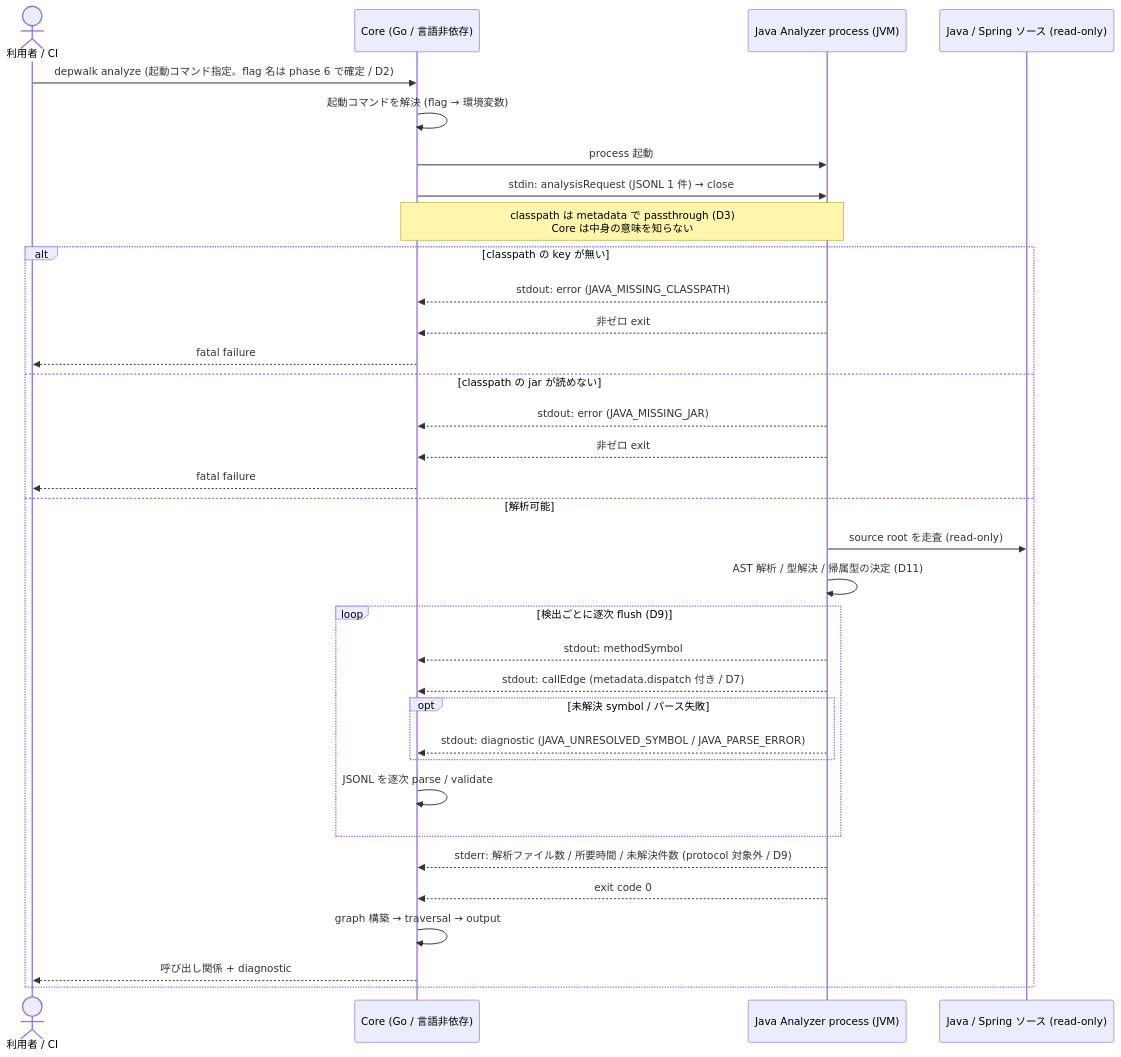
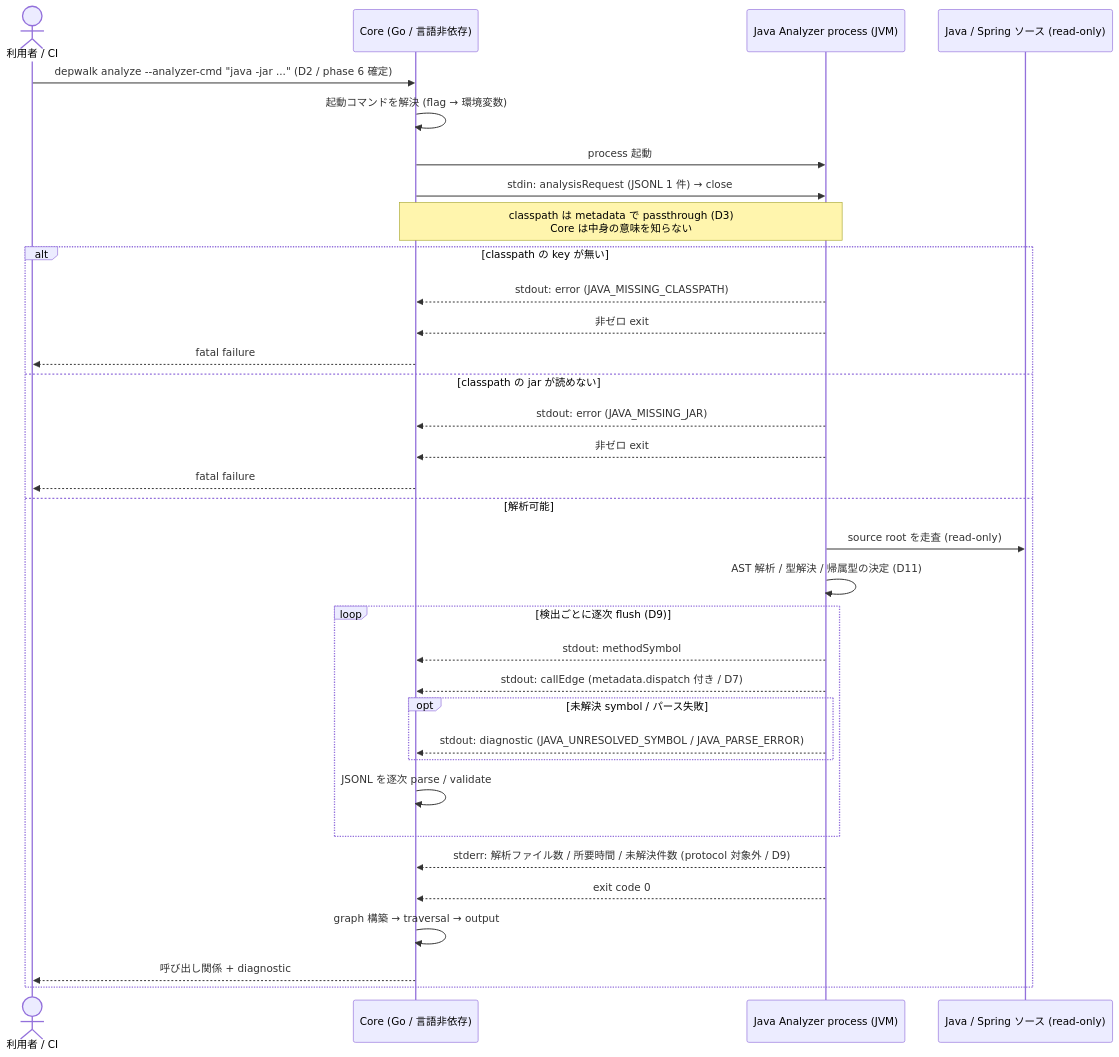
The second of 3 diagrams in specs/9-java-analyzer/index.md (Fukuemon/depwalk), drawn with Mermaid before and after one commit. The commit also changed other lines of this file and 1 other file, not shown here.

First line of the commit message:
docs(spec): phase 6-9 を完了 (Interface / Content / Performance / Test 設計 / spec-review PASS) #9

````diff
--- a/specs/9-java-analyzer/index.md
+++ b/specs/9-java-analyzer/index.md
@@ -515,38 +578,38 @@
 ```mermaid
 sequenceDiagram
     actor User as 利用者 / CI
     participant Core as Core (Go / 言語非依存)
     participant JA as Java Analyzer process (JVM)
     participant Src as Java / Spring ソース (read-only)
 
-    User->>Core: depwalk analyze (起動コマンド指定。flag 名は phase 6 で確定 / D2)
+    User->>Core: depwalk analyze --analyzer-cmd "java -jar ..." (D2 / phase 6 確定)
     Core->>Core: 起動コマンドを解決 (flag → 環境変数)
     Core->>JA: process 起動
     Core->>JA: stdin: analysisRequest (JSONL 1 件) → close
     Note over Core,JA: classpath は metadata で passthrough (D3)<br/>Core は中身の意味を知らない
 
     alt classpath の key が無い
         JA-->>Core: stdout: error (JAVA_MISSING_CLASSPATH)
         JA-->>Core: 非ゼロ exit
         Core-->>User: fatal failure
     else classpath の jar が読めない
         JA-->>Core: stdout: error (JAVA_MISSING_JAR)
         JA-->>Core: 非ゼロ exit
         Core-->>User: fatal failure
     else 解析可能
         JA->>Src: source root を走査 (read-only)
         JA->>JA: AST 解析 / 型解決 / 帰属型の決定 (D11)
         loop 検出ごとに逐次 flush (D9)
             JA-->>Core: stdout: methodSymbol
             JA-->>Core: stdout: callEdge (metadata.dispatch 付き / D7)
             opt 未解決 symbol / パース失敗
                 JA-->>Core: stdout: diagnostic (JAVA_UNRESOLVED_SYMBOL / JAVA_PARSE_ERROR)
             end
             Core->>Core: JSONL を逐次 parse / validate
         end
         JA-->>Core: stderr: 解析ファイル数 / 所要時間 / 未解決件数 (protocol 対象外 / D9)
         JA-->>Core: exit code 0
         Core->>Core: graph 構築 → traversal → output
         Core-->>User: 呼び出し関係 + diagnostic
     end
 ```
````
